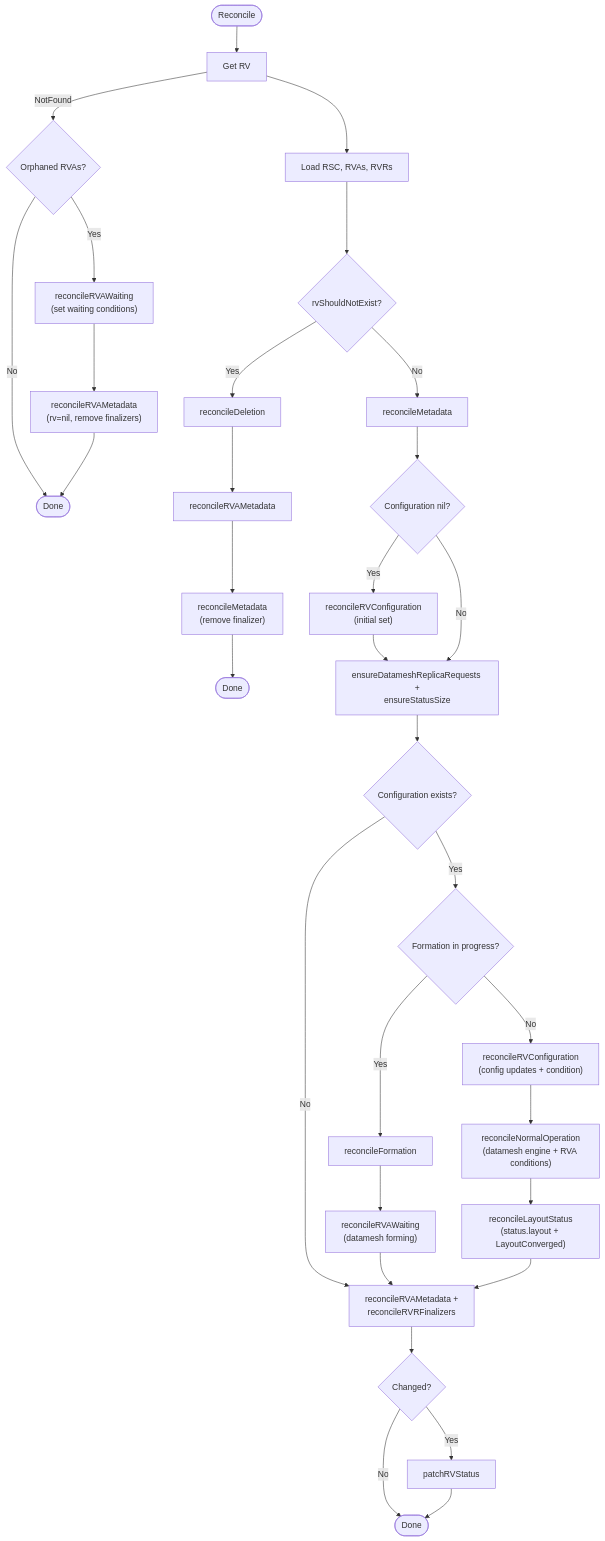
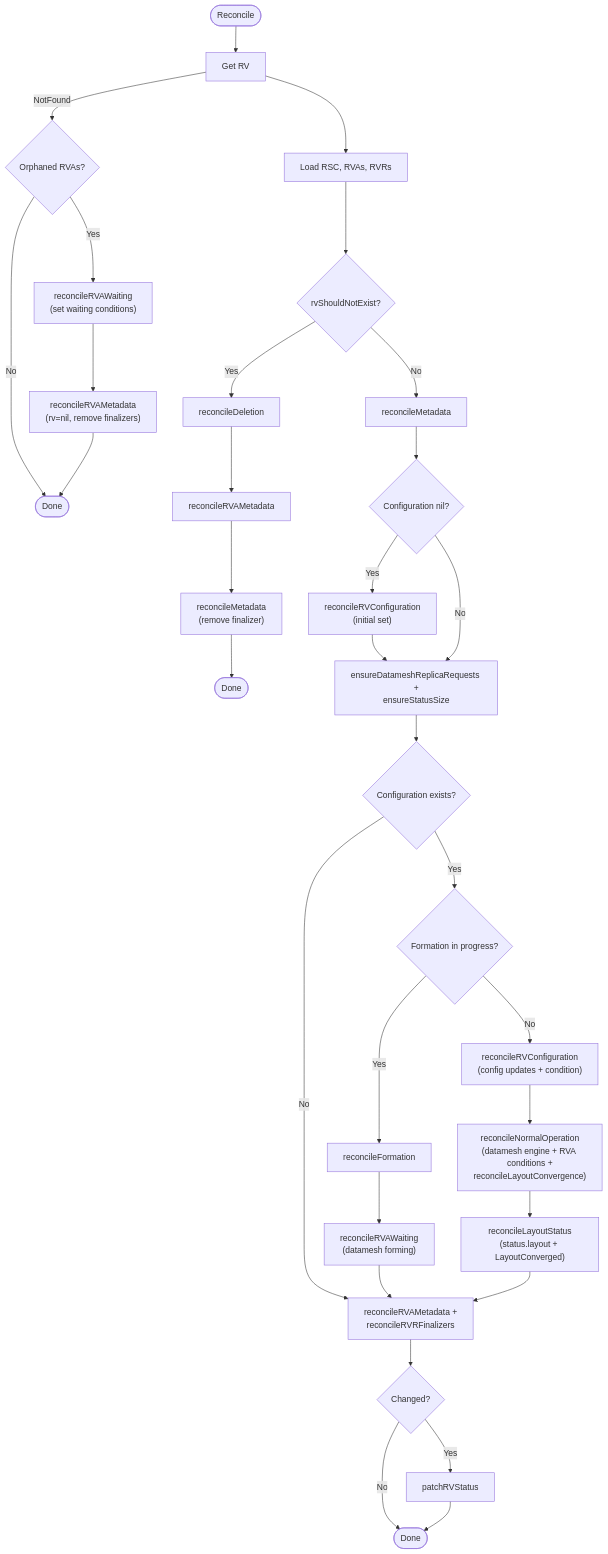
One commit to deckhouse/sds-replicated-volume changed the first of 12 diagrams in images/controller/internal/controllers/rv_controller/README.md. Above: the diagram before and after it, drawn with Mermaid. The commit also changed other lines of this file and 5 other files, not shown here.

````diff
--- a/images/controller/internal/controllers/rv_controller/README.md
+++ b/images/controller/internal/controllers/rv_controller/README.md
@@ -155,40 +162,40 @@
 ```mermaid
 flowchart TD
     Start([Reconcile]) --> GetRV[Get RV]
     GetRV -->|NotFound| CheckOrphanedRVAs{Orphaned RVAs?}
     CheckOrphanedRVAs -->|No| Done1([Done])
     CheckOrphanedRVAs -->|Yes| OrphanedWaiting["reconcileRVAWaiting<br/>(set waiting conditions)"]
     OrphanedWaiting --> OrphanedFinalizers["reconcileRVAMetadata<br/>(rv=nil, remove finalizers)"]
     OrphanedFinalizers --> Done1
     GetRV --> LoadDeps[Load RSC, RVAs, RVRs]
 
     LoadDeps --> CheckDelete{rvShouldNotExist?}
     CheckDelete -->|Yes| Deletion[reconcileDeletion]
     Deletion --> RVAFinDel[reconcileRVAMetadata]
     RVAFinDel --> MetaDel["reconcileMetadata<br/>(remove finalizer)"]
     MetaDel --> Done3([Done])
 
     CheckDelete -->|No| Meta[reconcileMetadata]
     Meta --> CheckConfigNil{Configuration nil?}
     CheckConfigNil -->|Yes| InitConfig["reconcileRVConfiguration<br/>(initial set)"]
     InitConfig --> EnsurePending
     CheckConfigNil -->|No| EnsurePending
     EnsurePending["ensureDatameshReplicaRequests +<br/>ensureStatusSize"]
     EnsurePending --> CheckConfig{Configuration exists?}
     CheckConfig -->|No| Finalizers
 
     CheckConfig -->|Yes| CheckForming{Formation in progress?}
     CheckForming -->|Yes| Formation[reconcileFormation]
     Formation --> FormingRVAWaiting["reconcileRVAWaiting<br/>(datamesh forming)"]
     FormingRVAWaiting --> Finalizers
     CheckForming -->|No| UpdateConfig["reconcileRVConfiguration<br/>(config updates + condition)"]
-    UpdateConfig --> NormalOp["reconcileNormalOperation<br/>(datamesh engine + RVA conditions)"]
+    UpdateConfig --> NormalOp["reconcileNormalOperation<br/>(datamesh engine + RVA conditions +<br/>reconcileLayoutConvergence)"]
     NormalOp --> LayoutStatus["reconcileLayoutStatus<br/>(status.layout + LayoutConverged)"]
     LayoutStatus --> Finalizers
 
     Finalizers["reconcileRVAMetadata +<br/>reconcileRVRFinalizers"]
     Finalizers --> PatchDecision{Changed?}
     PatchDecision -->|Yes| Patch[patchRVStatus]
     PatchDecision -->|No| EndNode([Done])
     Patch --> EndNode
 ```
````
